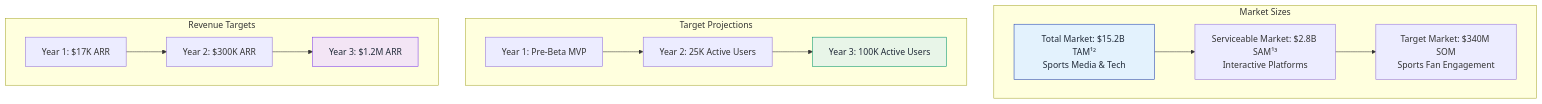
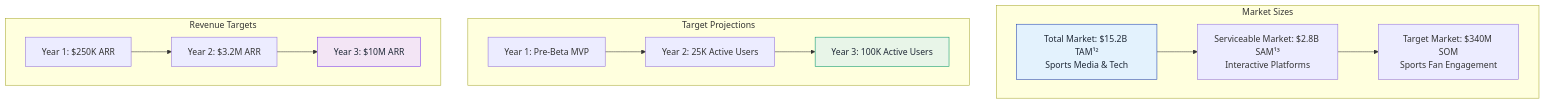
One commit to SkaFld-Ignite/ref-u-wireframes changed the seventh of 7 diagrams in docs/investor-flows.md. Above: the diagram before and after it, drawn with Mermaid. The commit also changed other lines of this file and 1 other file, not shown here.

First line of the commit message:
Update financial projections and timeline

````diff
--- a/docs/investor-flows.md
+++ b/docs/investor-flows.md
@@ -281,28 +281,28 @@
 ```mermaid
 graph TB
     subgraph "Market Sizes"
         D1[Total Market: $15.2B TAM¹²<br/>Sports Media & Tech]
         D2[Serviceable Market: $2.8B SAM¹³<br/>Interactive Platforms]
         D3[Target Market: $340M SOM<br/>Sports Fan Engagement]
     end
     
     subgraph "Target Projections"
         A1[Year 1: Pre-Beta MVP]
         A2[Year 2: 25K Active Users]
         A3[Year 3: 100K Active Users]
     end
     
     subgraph "Revenue Targets"
-        B1[Year 1: $17K ARR]
-        B2[Year 2: $300K ARR]
-        B3[Year 3: $1.2M ARR]
+        B1[Year 1: $250K ARR]
+        B2[Year 2: $3.2M ARR]
+        B3[Year 3: $10M ARR]
     end
     
     D1 --> D2 --> D3
     A1 --> A2 --> A3
     B1 --> B2 --> B3
     
     style D1 fill:#e3f2fd,stroke:#1e40af,color:#1f2937
     style A3 fill:#e8f5e8,stroke:#059669,color:#1f2937
     style B3 fill:#f3e5f5,stroke:#7c3aed,color:#1f2937
 ```
````
